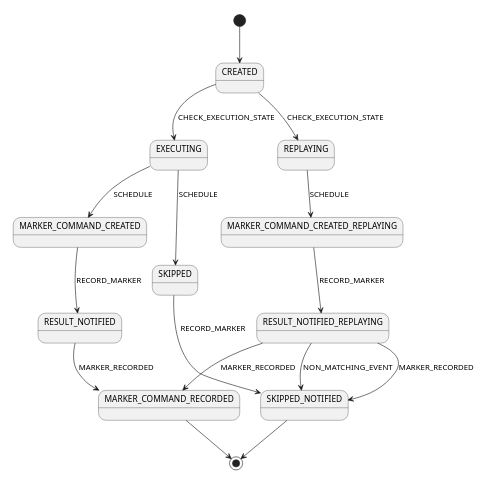
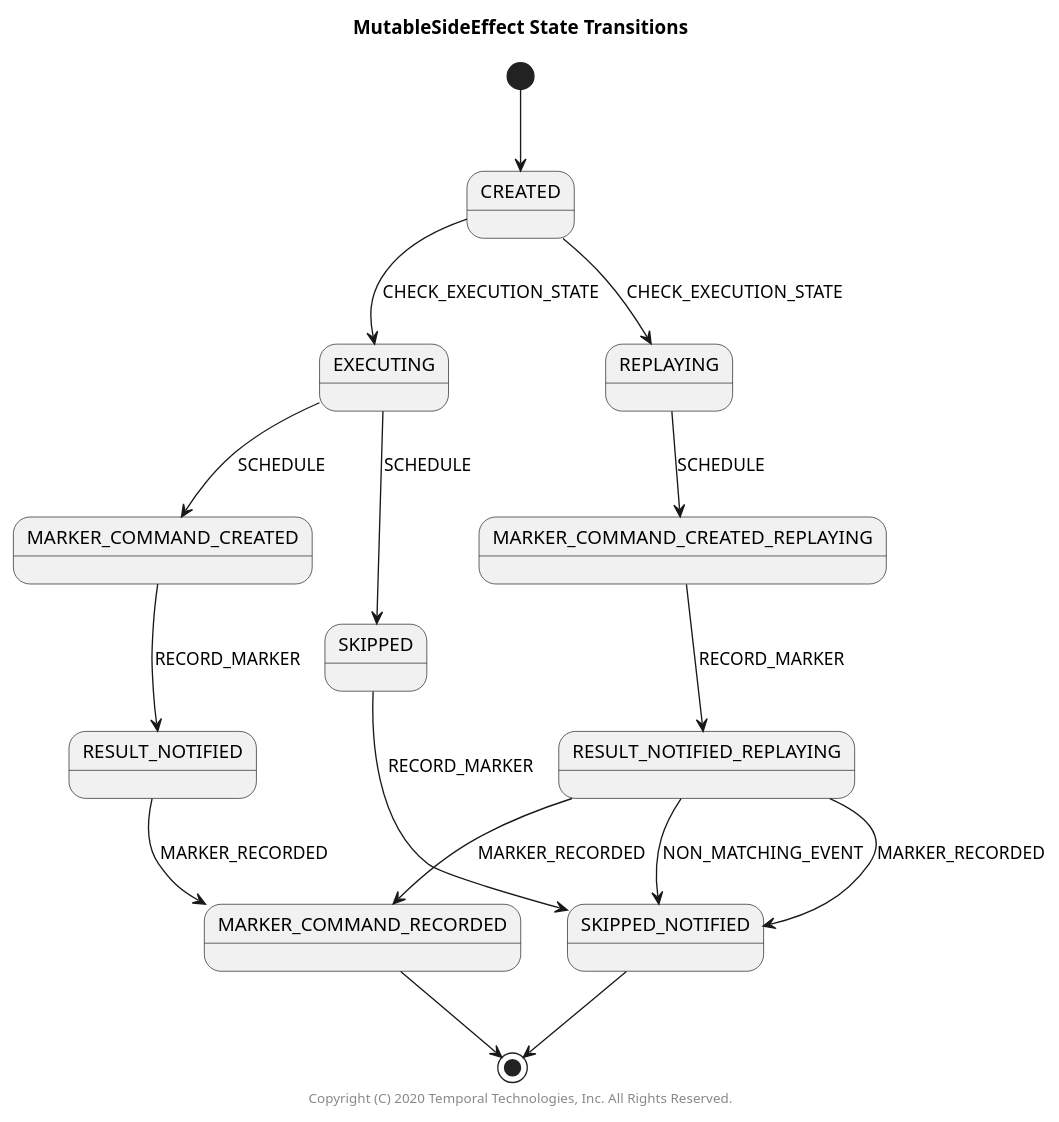
Before and after one commit to temporalio/sdk-java: the diagram in src/main/java/io/temporal/internal/statemachines/MutableSideEffectStateMachine.puml, drawn with PlantUML. The commit also changed 17 other files, not shown here.

```diff
--- a/src/main/java/io/temporal/internal/statemachines/MutableSideEffectStateMachine.puml
+++ b/src/main/java/io/temporal/internal/statemachines/MutableSideEffectStateMachine.puml
@@ -23,18 +23,20 @@
 @startuml
-scale 350 width
+title MutableSideEffect State Transitions
+
 [*] --> CREATED
 CREATED --> REPLAYING: CHECK_EXECUTION_STATE
 CREATED --> EXECUTING: CHECK_EXECUTION_STATE
 EXECUTING --> MARKER_COMMAND_CREATED: SCHEDULE
 EXECUTING --> SKIPPED: SCHEDULE
 MARKER_COMMAND_CREATED --> RESULT_NOTIFIED: RECORD_MARKER
 MARKER_COMMAND_CREATED_REPLAYING --> RESULT_NOTIFIED_REPLAYING: RECORD_MARKER
 REPLAYING --> MARKER_COMMAND_CREATED_REPLAYING: SCHEDULE
 RESULT_NOTIFIED --> MARKER_COMMAND_RECORDED: MARKER_RECORDED
 RESULT_NOTIFIED_REPLAYING --> SKIPPED_NOTIFIED: NON_MATCHING_EVENT
 RESULT_NOTIFIED_REPLAYING --> MARKER_COMMAND_RECORDED: MARKER_RECORDED
 RESULT_NOTIFIED_REPLAYING --> SKIPPED_NOTIFIED: MARKER_RECORDED
 SKIPPED --> SKIPPED_NOTIFIED: RECORD_MARKER
 MARKER_COMMAND_RECORDED --> [*]
 SKIPPED_NOTIFIED --> [*]
+center footer Copyright (C) 2020 Temporal Technologies, Inc. All Rights Reserved.
 @enduml
```
